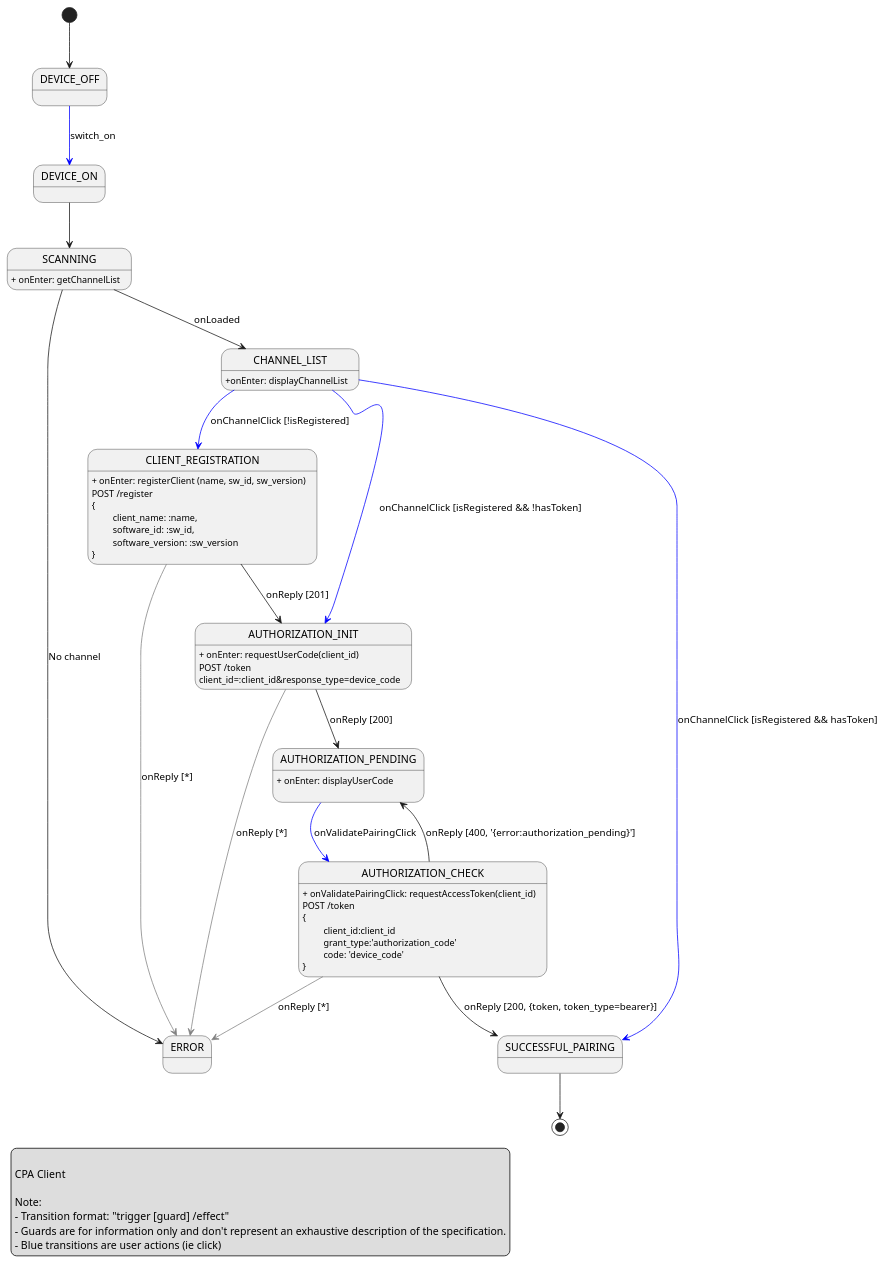
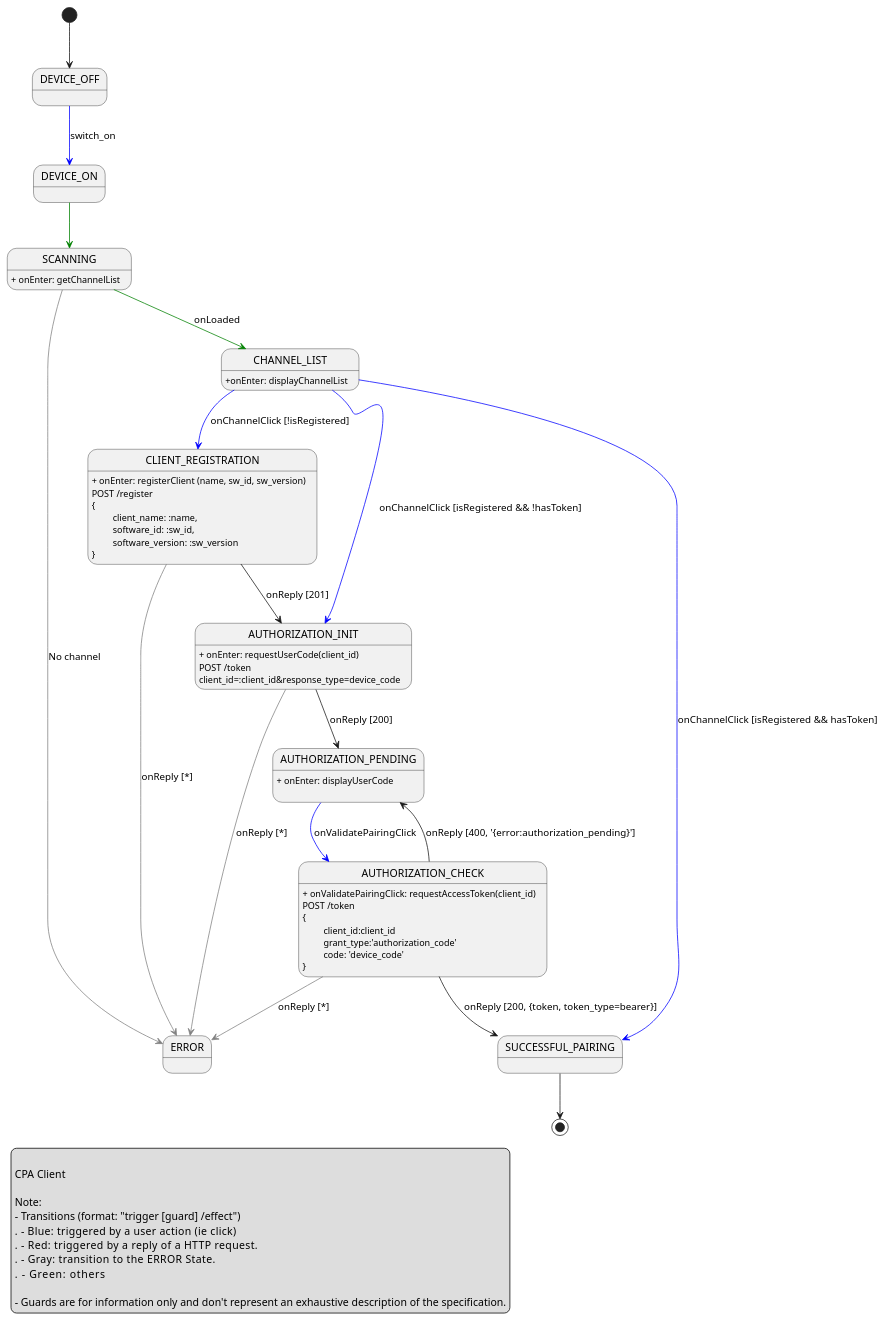
Before and after one commit to ebu/cpa-client: the diagram in docs/app-fsm.puml, drawn with PlantUML.

Commit message:
Diagram: Add information and colors on transitions

```diff
--- a/docs/app-fsm.puml
+++ b/docs/app-fsm.puml
@@ -1,93 +1,97 @@
 @startuml
 
 
 [*] --> DEVICE_OFF
 
 'State declaration
 state DEVICE_OFF
 state SCANNING
 state CHANNEL_LIST
 state CLIENT_REGISTRATION
 state AUTHORIZATION_INIT
 state AUTHORIZATION_PENDING
 state SUCCESSFUL_PAIRING
 state ERROR
 
 
 'State definition
 
 SCANNING: + onEnter: getChannelList
 
 CHANNEL_LIST: +onEnter: displayChannelList
 
 CLIENT_REGISTRATION: + onEnter: registerClient (name, sw_id, sw_version)
 CLIENT_REGISTRATION:  POST /register
 CLIENT_REGISTRATION:  {
 CLIENT_REGISTRATION:  \t client_name: :name,
 CLIENT_REGISTRATION:  \t software_id: :sw_id,
 CLIENT_REGISTRATION:  \t software_version: :sw_version
 CLIENT_REGISTRATION:  }
 
 
 AUTHORIZATION_INIT: + onEnter: requestUserCode(client_id)
 AUTHORIZATION_INIT: POST /token
 AUTHORIZATION_INIT: client_id=:client_id&response_type=device_code
 
 
 AUTHORIZATION_PENDING: + onEnter: displayUserCode
 AUTHORIZATION_PENDING:
 
 AUTHORIZATION_CHECK: + onValidatePairingClick: requestAccessToken(client_id)
 AUTHORIZATION_CHECK: POST /token
 AUTHORIZATION_CHECK: {
 AUTHORIZATION_CHECK: \t client_id:client_id
 AUTHORIZATION_CHECK: \t grant_type:'authorization_code'
 AUTHORIZATION_CHECK: \t code: 'device_code'
 AUTHORIZATION_CHECK: }
 
 
 'Transitions
 
 DEVICE_OFF -[#blue]-> DEVICE_ON: switch_on
-DEVICE_ON --> SCANNING
+DEVICE_ON -[#green]-> SCANNING
 
-SCANNING --> CHANNEL_LIST: onLoaded
-SCANNING -right-> ERROR: No channel
+SCANNING -[#green]-> CHANNEL_LIST: onLoaded
+SCANNING -[#gray]right-> ERROR: No channel
 
 CHANNEL_LIST -[#blue]-> CLIENT_REGISTRATION: onChannelClick [!isRegistered]
 CHANNEL_LIST -[#blue]-> AUTHORIZATION_INIT: onChannelClick [isRegistered && !hasToken]
 CHANNEL_LIST -[#blue]-> SUCCESSFUL_PAIRING: onChannelClick [isRegistered && hasToken]
 
 CLIENT_REGISTRATION --> AUTHORIZATION_INIT: onReply [201]
 CLIENT_REGISTRATION -[#gray]-> ERROR: onReply [*]
 
 AUTHORIZATION_INIT --> AUTHORIZATION_PENDING: onReply [200]
 AUTHORIZATION_INIT -[#gray]-> ERROR: onReply [*]
 
 
 AUTHORIZATION_PENDING -[#blue]-> AUTHORIZATION_CHECK: onValidatePairingClick
 
 AUTHORIZATION_CHECK --> SUCCESSFUL_PAIRING: onReply [200, {token, token_type=bearer}]
 AUTHORIZATION_CHECK --> AUTHORIZATION_PENDING: onReply [400, '{error:authorization_pending}']
 AUTHORIZATION_CHECK -[#gray]-> ERROR: onReply [*]
 
 SUCCESSFUL_PAIRING --> [*]
 
 
 'Legend
 
 legend left
 
 CPA Client
 
 Note:
-- Transition format: "trigger [guard] /effect"
+- Transitions (format: "trigger [guard] /effect")
+.     - Blue:  triggered by a user action (ie click)
+.     - Red:   triggered by a reply of a HTTP request.
+.     - Gray:  transition to the ERROR State.
+.     - Green: others
+
 - Guards are for information only and don't represent an exhaustive description of the specification.
-- Blue transitions are user actions (ie click)
 endlegend
 
 
 
 ' note right of STATE: "transition: trigger[guard]/effect"
 
 @enduml
```
